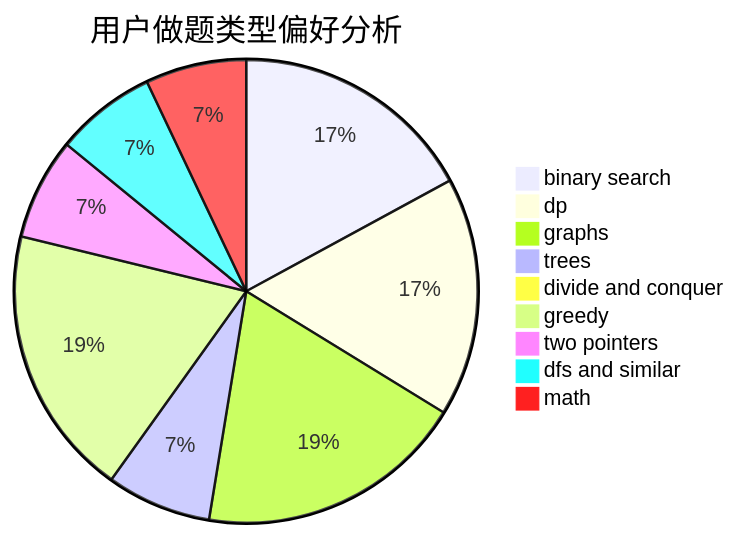
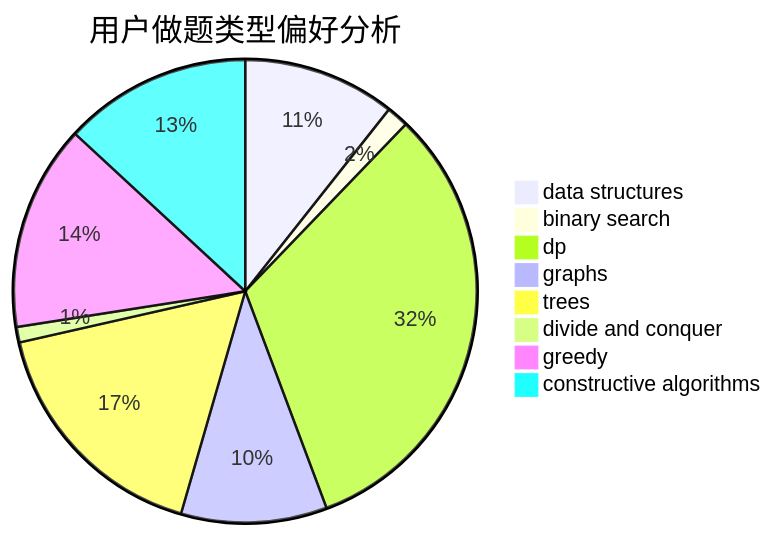
The second of 3 diagrams in docs/user/u1890.md (sherpahu/cfrs.github.io), drawn with Mermaid before and after one commit. The commit also changed other lines of this file and 2775 other files, not shown here.

````diff
--- a/docs/user/u1890.md
+++ b/docs/user/u1890.md
@@ -23,12 +23,11 @@
 ```mermaid
 pie title 用户做题类型偏好分析
-    "binary search" :  315
-    "dp" :  308
-    "graphs" :  347
-    "trees" :  135
+    "data structures" :  69
+    "binary search" :  10
+    "dp" :  208
+    "graphs" :  66
+    "trees" :  110
     "divide and conquer" :  7
-    "greedy" :  349
-    "two pointers" :  131
-    "dfs and similar" :  130
-    "math" :  130
+    "greedy" :  93
+    "constructive algorithms" :  85
 ```
````
